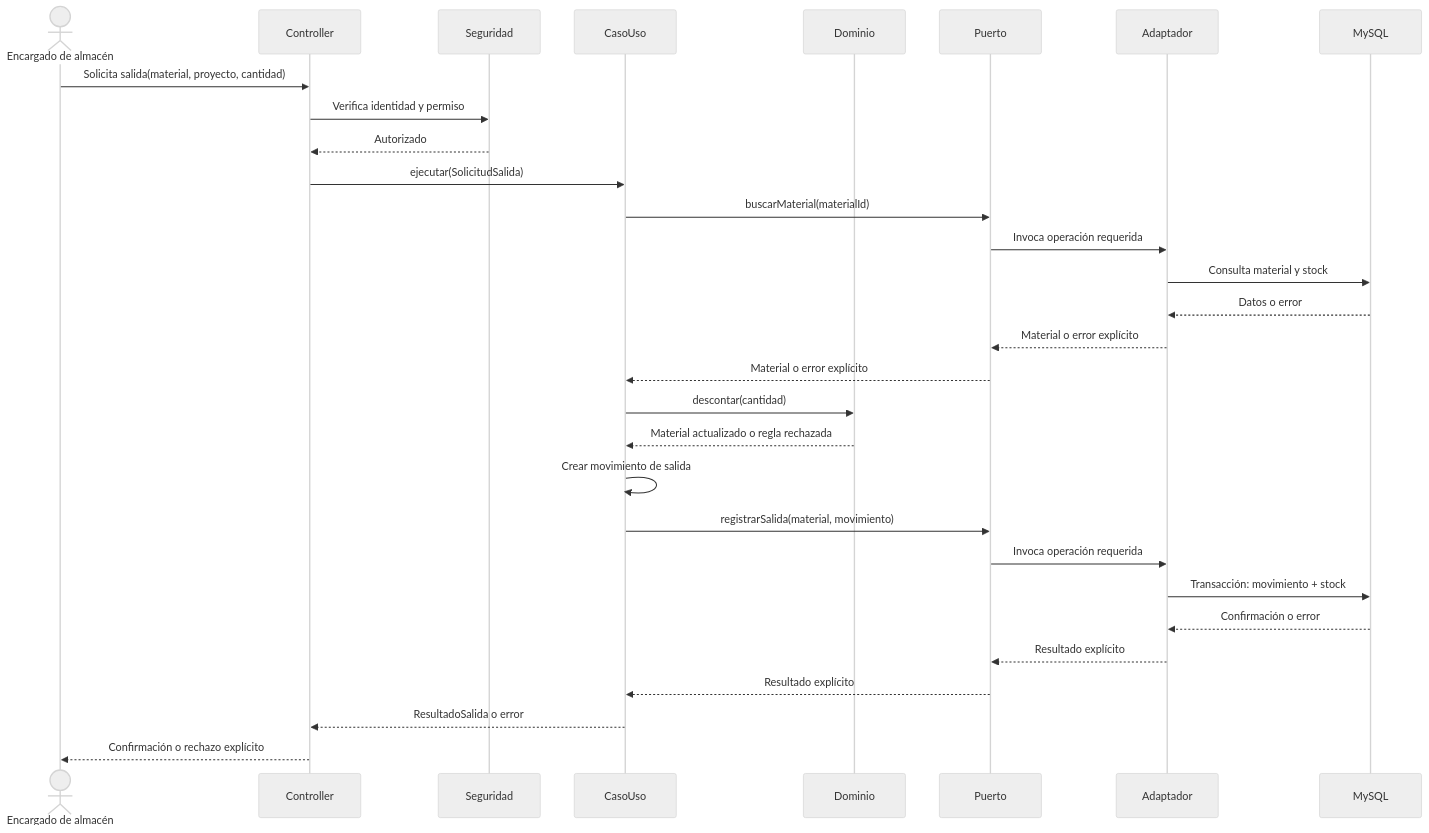
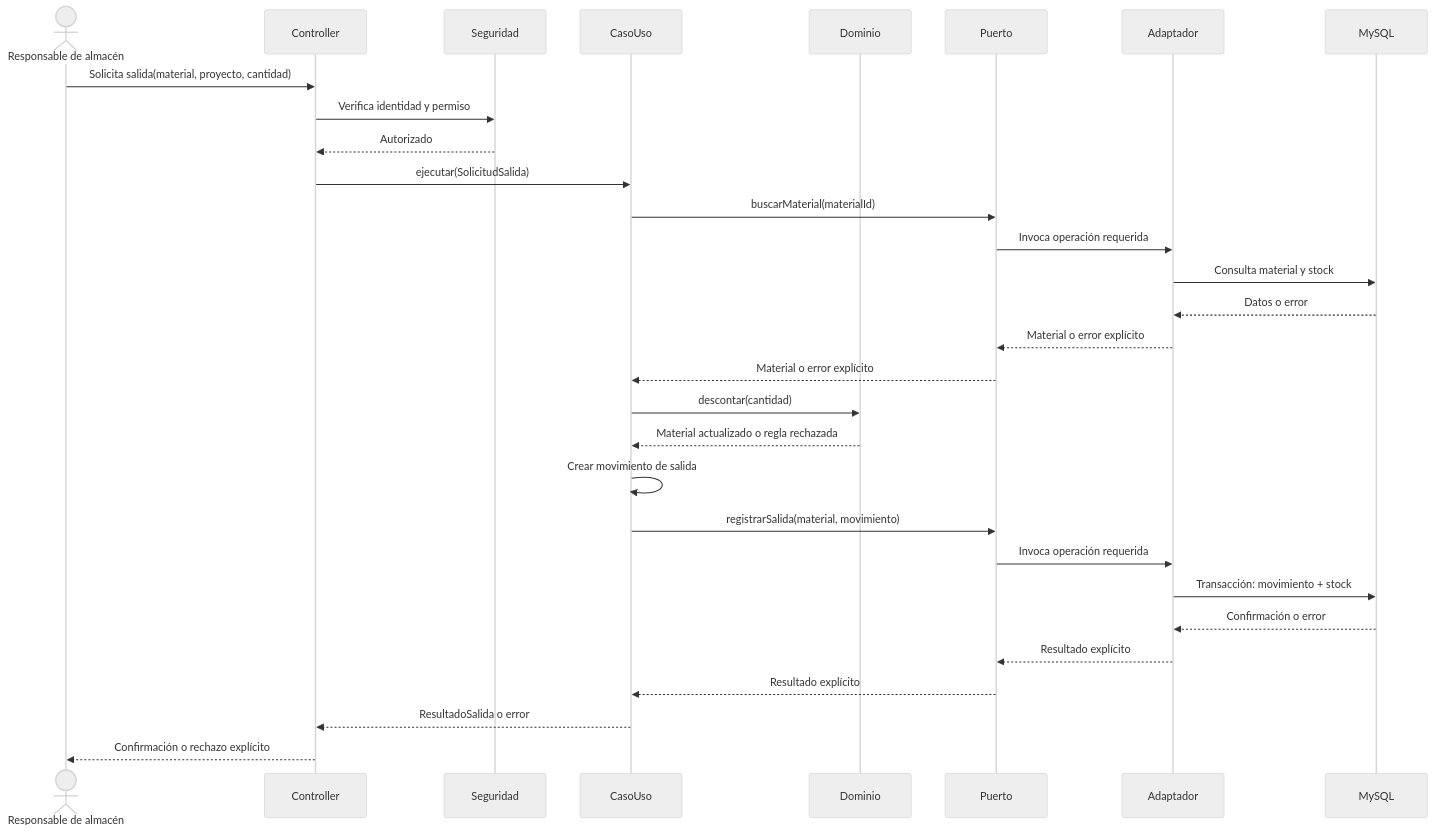
One commit to dostinarroyo/Constructora-arquitSoft-02-Dostin_Arroyo changed the diagram in img/fuentes/nivel4-secuencia.mmd. Above: the diagram before and after it, drawn with Mermaid (neutral theme). The commit also changed 2 other files, not shown here.

```diff
--- a/img/fuentes/nivel4-secuencia.mmd
+++ b/img/fuentes/nivel4-secuencia.mmd
@@ -1,31 +1,31 @@
 sequenceDiagram
-    actor Encargado as Encargado de almacén
+    actor Encargado as Responsable de almacén
     participant UI as Controller
     participant Auth as Seguridad
     participant UC as CasoUso
     participant D as Dominio
     participant P as Puerto
     participant A as Adaptador
     participant DB as MySQL
 
     Encargado->>UI: Solicita salida(material, proyecto, cantidad)
     UI->>Auth: Verifica identidad y permiso
     Auth-->>UI: Autorizado
     UI->>UC: ejecutar(SolicitudSalida)
     UC->>P: buscarMaterial(materialId)
     P->>A: Invoca operación requerida
     A->>DB: Consulta material y stock
     DB-->>A: Datos o error
     A-->>P: Material o error explícito
     P-->>UC: Material o error explícito
     UC->>D: descontar(cantidad)
     D-->>UC: Material actualizado o regla rechazada
     UC->>UC: Crear movimiento de salida
     UC->>P: registrarSalida(material, movimiento)
     P->>A: Invoca operación requerida
     A->>DB: Transacción: movimiento + stock
     DB-->>A: Confirmación o error
     A-->>P: Resultado explícito
     P-->>UC: Resultado explícito
     UC-->>UI: ResultadoSalida o error
     UI-->>Encargado: Confirmación o rechazo explícito
```
